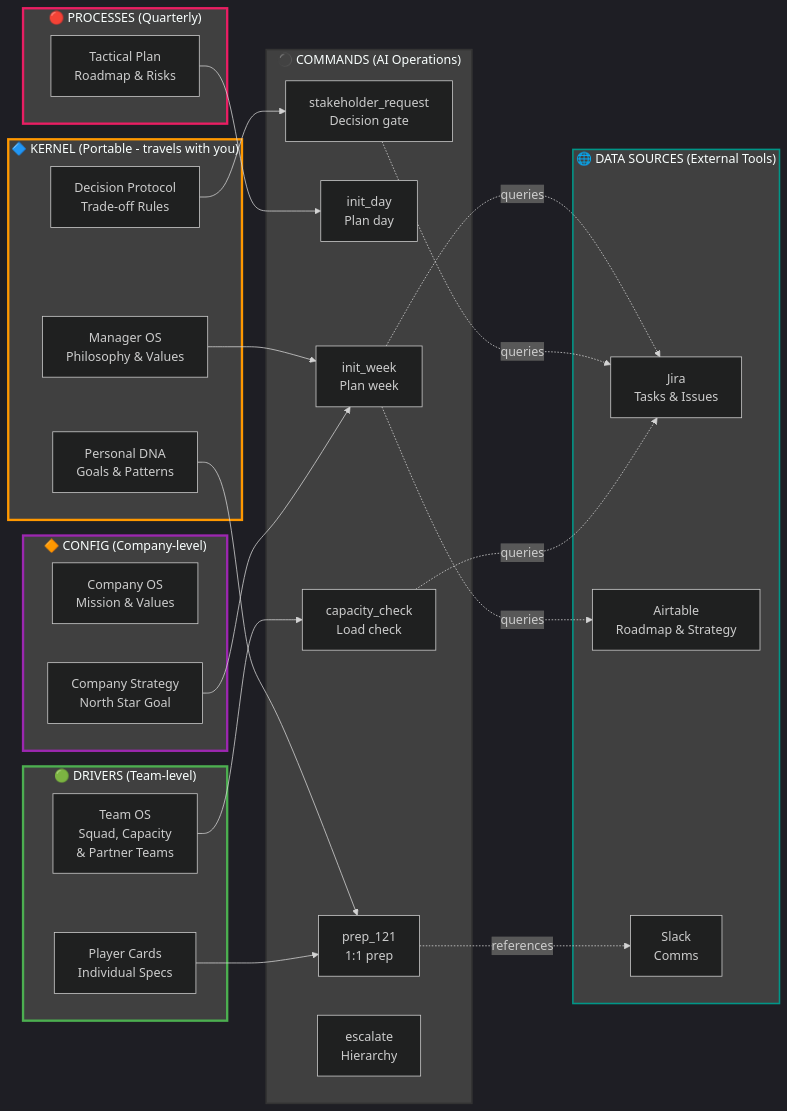
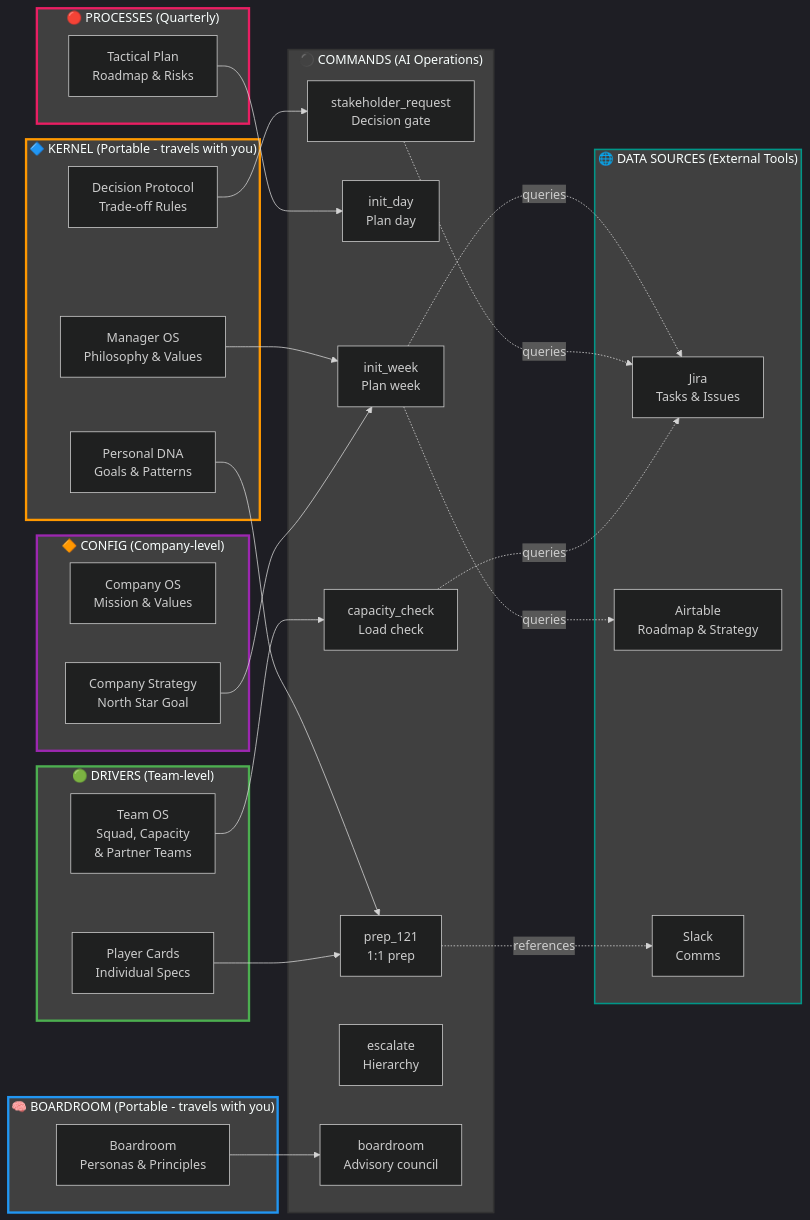
One commit to daviddgl/manager-operating-system changed the second of 6 diagrams in ARCHITECTURE.md. Above: the diagram before and after it, drawn with Mermaid. The commit also changed other lines of this file and 10 other files, not shown here.

````diff
--- a/ARCHITECTURE.md
+++ b/ARCHITECTURE.md
@@ -44,59 +48,66 @@
 ```mermaid
 %%{init: {'theme':'dark'}}%%
 graph LR
     subgraph Kernel["🔷 KERNEL (Portable - travels with you)"]
         K1["Manager OS<br/>Philosophy & Values"]
         K2["Decision Protocol<br/>Trade-off Rules"]
         K3["Personal DNA<br/>Goals & Patterns"]
     end
     
     subgraph Config["🔶 CONFIG (Company-level)"]
         C1["Company OS<br/>Mission & Values"]
         C2["Company Strategy<br/>North Star Goal"]
     end
     
     subgraph Drivers["🟢 DRIVERS (Team-level)"]
         D1["Team OS<br/>Squad, Capacity<br/>& Partner Teams"]
         D2["Player Cards<br/>Individual Specs"]
     end
     
     subgraph Processes["🔴 PROCESSES (Quarterly)"]
         P1["Tactical Plan<br/>Roadmap & Risks"]
     end
     
     subgraph Commands["⚫ COMMANDS (AI Operations)"]
         CMD1["init_week<br/>Plan week"]
         CMD2["init_day<br/>Plan day"]
         CMD3["prep_121<br/>1:1 prep"]
         CMD4["stakeholder_request<br/>Decision gate"]
         CMD5["capacity_check<br/>Load check"]
         CMD6["escalate<br/>Hierarchy"]
+        CMD7["boardroom<br/>Advisory council"]
+    end
+    
+    subgraph Boardroom["🧠 BOARDROOM (Portable - travels with you)"]
+        B1["Boardroom<br/>Personas & Principles"]
     end
     
     subgraph External["🌐 DATA SOURCES (External Tools)"]
         EXT1["Jira<br/>Tasks & Issues"]
         EXT2["Airtable<br/>Roadmap & Strategy"]
         EXT3["Slack<br/>Comms"]
     end
     
     K1 --> CMD1
     K2 --> CMD4
     K3 --> CMD3
     C2 --> CMD1
     D1 --> CMD5
     D2 --> CMD3
     P1 --> CMD2
+    B1 --> CMD7
     
     CMD1 -.->|queries| EXT1
     CMD1 -.->|queries| EXT2
     CMD4 -.->|queries| EXT1
     CMD5 -.->|queries| EXT1
     CMD3 -.->|references| EXT3
     
     style Kernel fill:#404040,stroke:#ff9800,stroke-width:3px
     style Config fill:#404040,stroke:#9c27b0,stroke-width:3px
     style Drivers fill:#404040,stroke:#4caf50,stroke-width:3px
     style Processes fill:#404040,stroke:#e91e63,stroke-width:3px
     style Commands fill:#404040,stroke:#333,stroke-width:2px
     style External fill:#404040,stroke:#009688,stroke-width:2px
+    style Boardroom fill:#404040,stroke:#2196f3,stroke-width:3px
 ```
````
